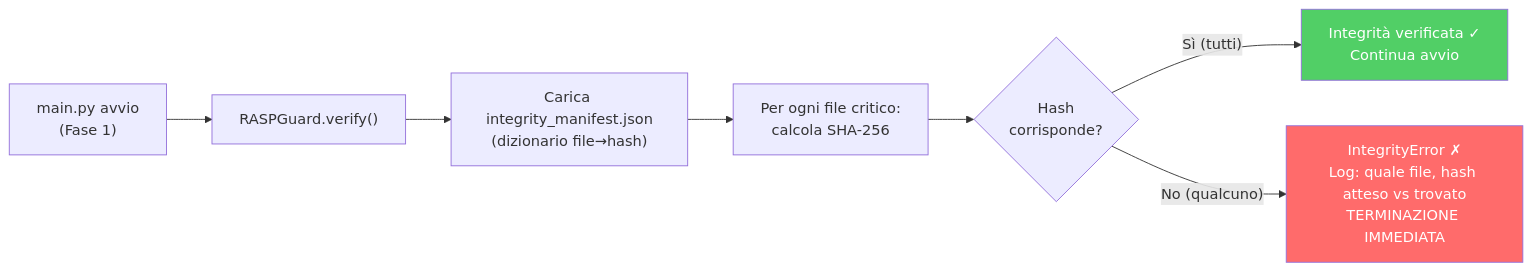
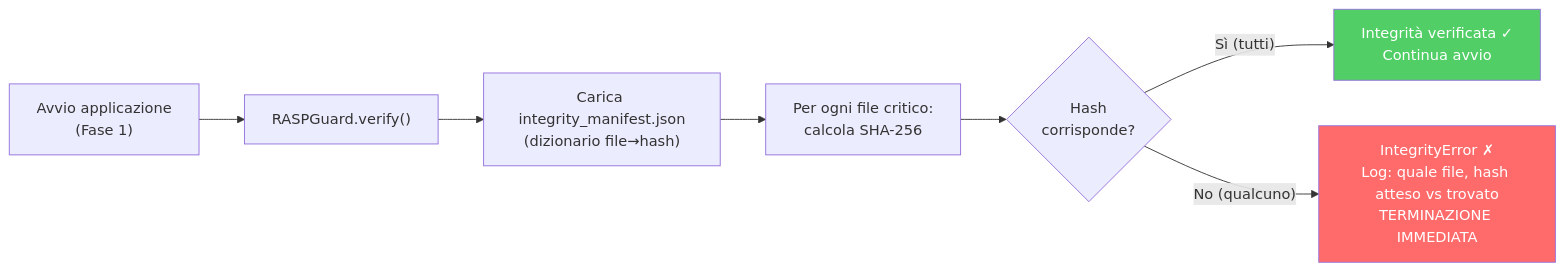
Before and after one commit to renanaugustomacena-ux/Counter-Strike-coach-AI: diagram 46 of 52 in docs/books/Book-Coach-3.md, drawn with Mermaid. The commit also changed other lines of this file and 4 other files, not shown here.

````diff
--- a/docs/books/Book-Coach-3.md
+++ b/docs/books/Book-Coach-3.md
@@ -2592,12 +2535,12 @@
 ```mermaid
 flowchart LR
-    BOOT["main.py avvio<br/>(Fase 1)"]
+    BOOT["Avvio applicazione<br/>(Fase 1)"]
     BOOT --> RASP["RASPGuard.verify()"]
     RASP --> LOAD["Carica integrity_manifest.json<br/>(dizionario file→hash)"]
     LOAD --> HASH["Per ogni file critico:<br/>calcola SHA-256"]
     HASH --> COMPARE{"Hash<br/>corrisponde?"}
     COMPARE -->|"Sì (tutti)"| OK["Integrità verificata ✓<br/>Continua avvio"]
     COMPARE -->|"No (qualcuno)"| FAIL["IntegrityError ✗<br/>Log: quale file, hash atteso vs trovato<br/>TERMINAZIONE IMMEDIATA"]
     style OK fill:#51cf66,color:#fff
     style FAIL fill:#ff6b6b,color:#fff
 ```
````
